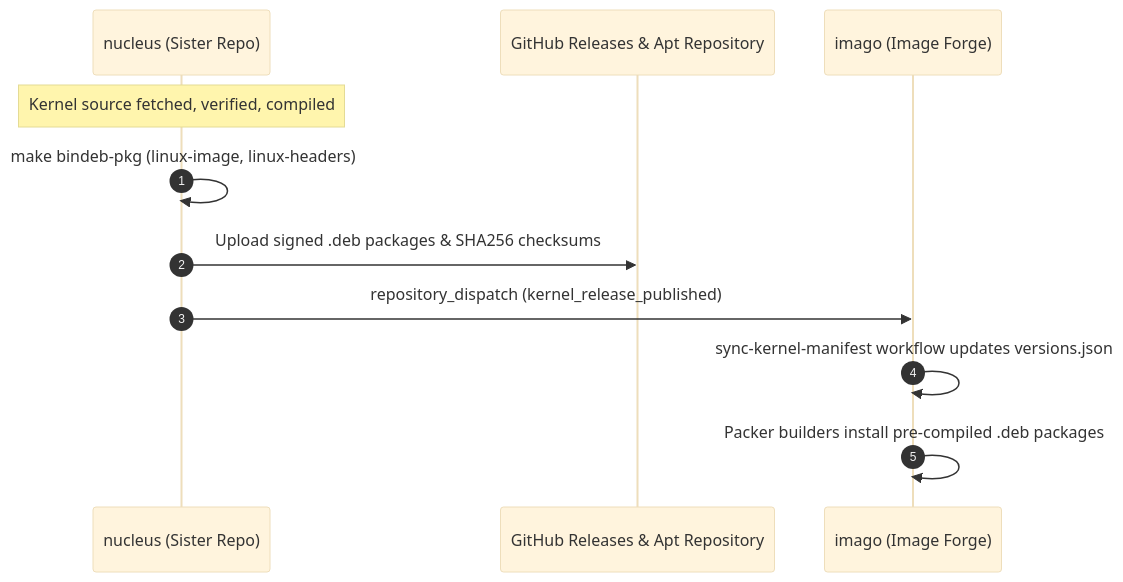
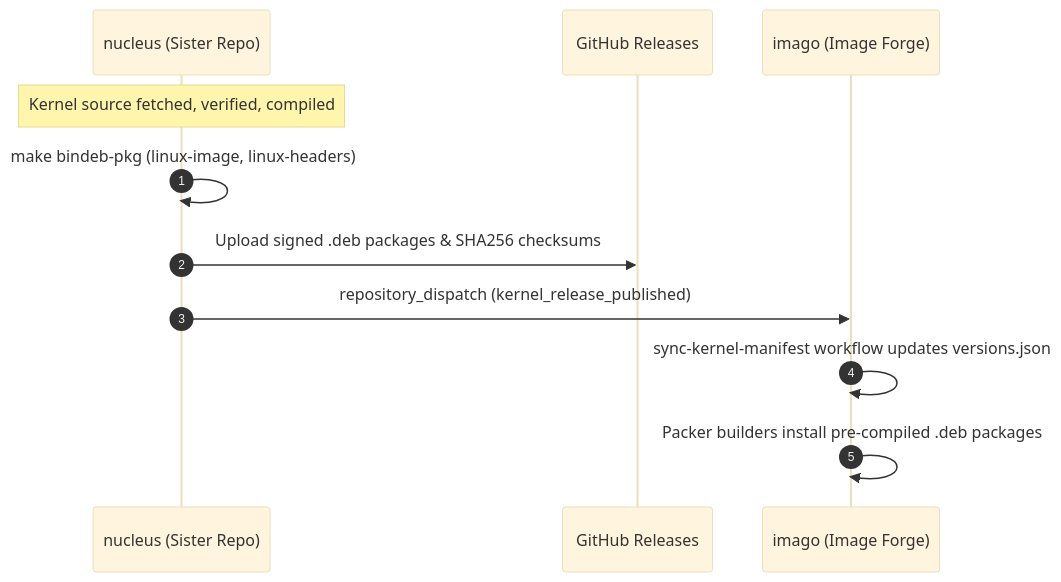
One commit to cordanaLLM/nucleus changed the diagram in docs/onboarding.md. Above: the diagram before and after it, drawn with Mermaid (base theme). The commit also changed 5 other files, not shown here.

````diff
--- a/docs/onboarding.md
+++ b/docs/onboarding.md
@@ -34,14 +34,14 @@
 ```mermaid
 sequenceDiagram
     autonumber
     participant KF as nucleus (Sister Repo)
-    participant GH as GitHub Releases & Apt Repository
+    participant GH as GitHub Releases
     participant CI as imago (Image Forge)
 
     Note over KF: Kernel source fetched, verified, compiled
     KF->>KF: make bindeb-pkg (linux-image, linux-headers)
     KF->>GH: Upload signed .deb packages & SHA256 checksums
     KF->>CI: repository_dispatch (kernel_release_published)
     CI->>CI: sync-kernel-manifest workflow updates versions.json
     CI->>CI: Packer builders install pre-compiled .deb packages
 ```
````
